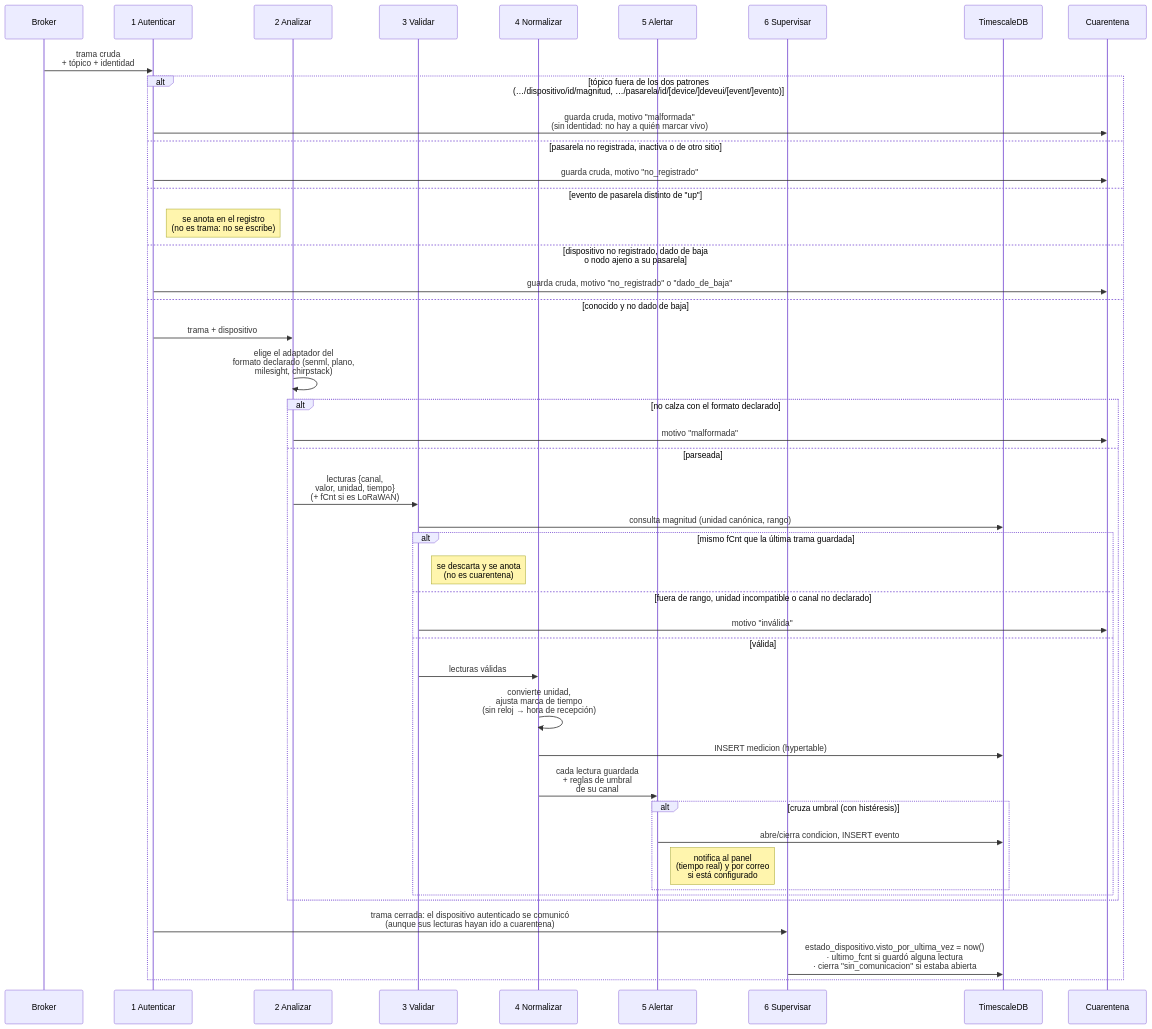
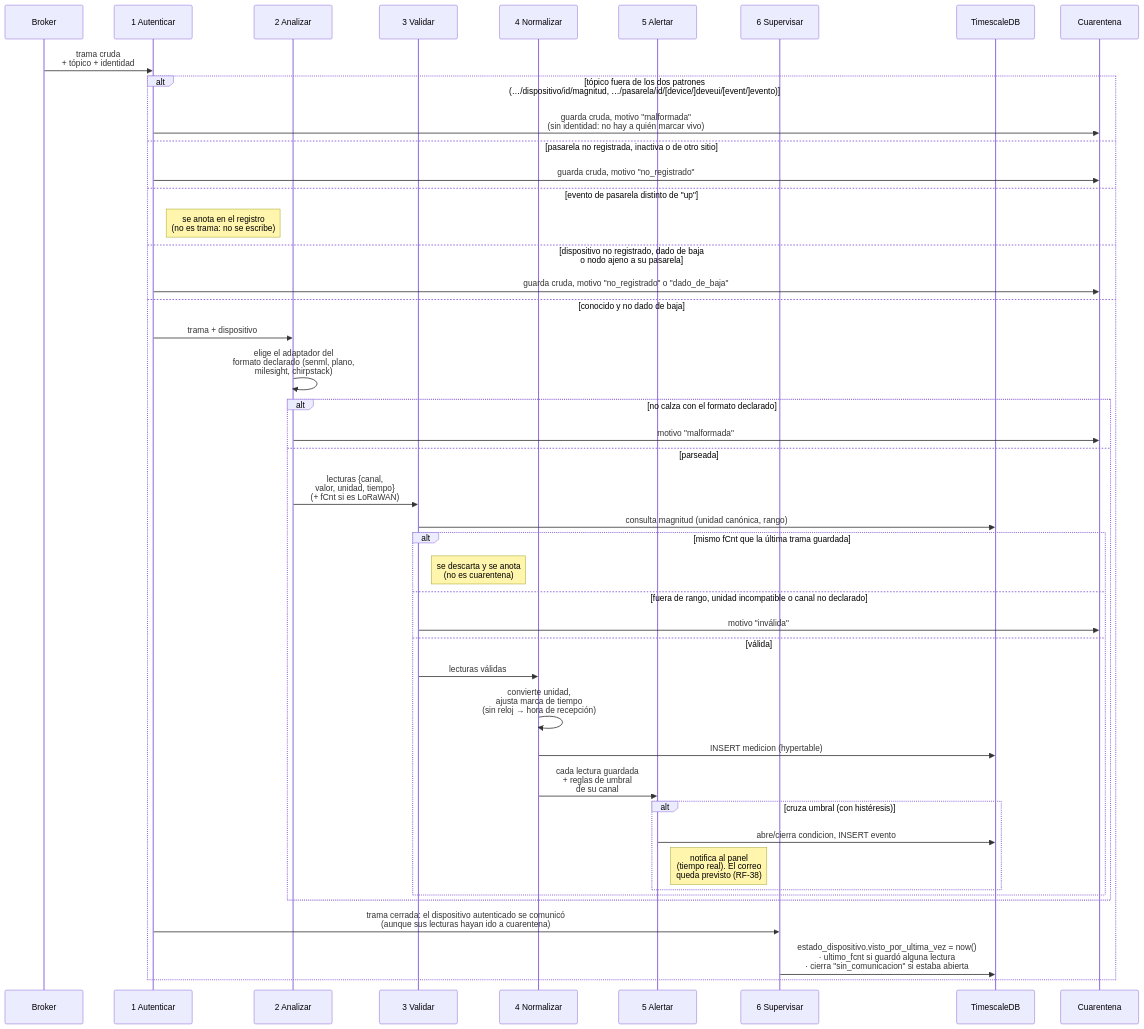
One commit to vicenterami/tesis changed the diagram in informe-oficial/figuras/mermaid/sec-pipeline.mmd. Above: the diagram before and after it, drawn with Mermaid. The commit also changed 44 other files, not shown here.

```diff
--- a/informe-oficial/figuras/mermaid/sec-pipeline.mmd
+++ b/informe-oficial/figuras/mermaid/sec-pipeline.mmd
@@ -1,46 +1,46 @@
 sequenceDiagram
     participant MQ as Broker
     participant F1 as 1 Autenticar
     participant F2 as 2 Analizar
     participant F3 as 3 Validar
     participant F4 as 4 Normalizar
     participant F5 as 5 Alertar
     participant F6 as 6 Supervisar
     participant DB as TimescaleDB
     participant Q as Cuarentena
 
     MQ->>F1: trama cruda<br/>+ tópico + identidad
     alt tópico fuera de los dos patrones<br/>(…/dispositivo/id/magnitud, …/pasarela/id/[device/]deveui/[event/]evento)
         F1->>Q: guarda cruda, motivo "malformada"<br/>(sin identidad: no hay a quién marcar vivo)
     else pasarela no registrada, inactiva o de otro sitio
         F1->>Q: guarda cruda, motivo "no_registrado"
     else evento de pasarela distinto de "up"
         Note right of F1: se anota en el registro<br/>(no es trama: no se escribe)
     else dispositivo no registrado, dado de baja<br/>o nodo ajeno a su pasarela
         F1->>Q: guarda cruda, motivo "no_registrado" o "dado_de_baja"
     else conocido y no dado de baja
         F1->>F2: trama + dispositivo
         F2->>F2: elige el adaptador del<br/>formato declarado (senml, plano,<br/>milesight, chirpstack)
         alt no calza con el formato declarado
             F2->>Q: motivo "malformada"
         else parseada
             F2->>F3: lecturas {canal,<br/>valor, unidad, tiempo}<br/>(+ fCnt si es LoRaWAN)
             F3->>DB: consulta magnitud (unidad canónica, rango)
             alt mismo fCnt que la última trama guardada
                 Note right of F3: se descarta y se anota<br/>(no es cuarentena)
             else fuera de rango, unidad incompatible o canal no declarado
                 F3->>Q: motivo "inválida"
             else válida
                 F3->>F4: lecturas válidas
                 F4->>F4: convierte unidad,<br/>ajusta marca de tiempo<br/>(sin reloj → hora de recepción)
                 F4->>DB: INSERT medicion (hypertable)
                 F4->>F5: cada lectura guardada<br/>+ reglas de umbral<br/>de su canal
                 alt cruza umbral (con histéresis)
                     F5->>DB: abre/cierra condicion, INSERT evento
-                    Note right of F5: notifica al panel<br/>(tiempo real) y por correo<br/>si está configurado
+                    Note right of F5: notifica al panel<br/>(tiempo real). El correo<br/>queda previsto (RF-38)
                 end
             end
         end
         F1->>F6: trama cerrada: el dispositivo autenticado se comunicó<br/>(aunque sus lecturas hayan ido a cuarentena)
         F6->>DB: estado_dispositivo.visto_por_ultima_vez = now()<br/>· ultimo_fcnt si guardó alguna lectura<br/>· cierra "sin_comunicacion" si estaba abierta
     end
```
